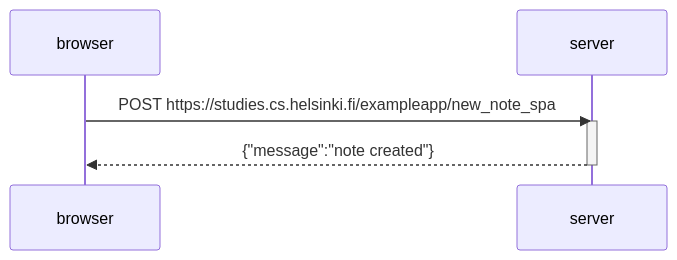
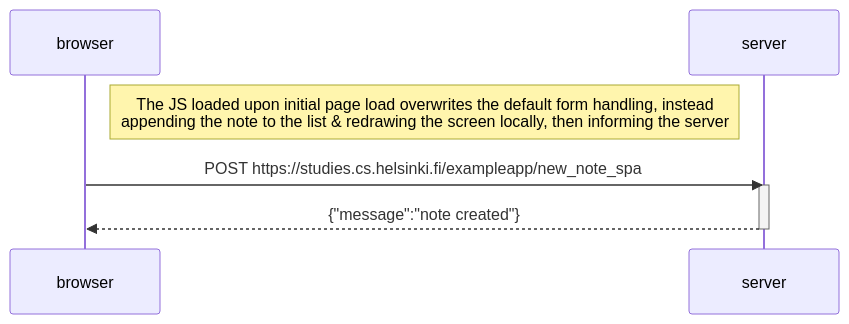
One commit to mitjarislakki/FullStackOpen changed the third of 3 diagrams in part0/part0tasks.md. Above: the diagram before and after it, drawn with Mermaid.

````diff
--- a/part0/part0tasks.md
+++ b/part0/part0tasks.md
@@ -67,10 +67,12 @@
 ```mermaid
 sequenceDiagram
     participant browser
     participant server
+
+    note right of browser: The JS loaded upon initial page load overwrites the default form handling, instead<br/>appending the note to the list & redrawing the screen locally, then informing the server
 
     browser->>server: POST https://studies.cs.helsinki.fi/exampleapp/new_note_spa
     activate server
     server-->>browser: {"message":"note created"}
     deactivate server
 ```
````
